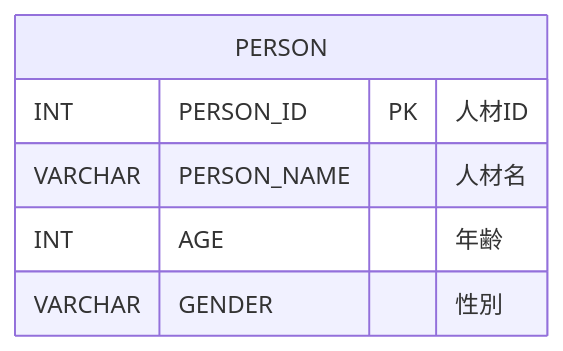
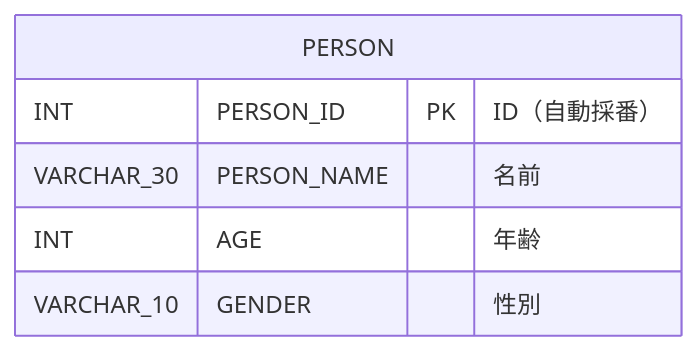
Before and after one commit to KenyaSaitoh/ai_driven_dev_202601: the diagram in projects/sdd-wf/person/jsf-person/specs/baseline/basic_design/common/data_model.md, drawn with Mermaid. The commit also changed other lines of this file and 134 other files, not shown here.

````diff
--- a/projects/sdd-wf/person/jsf-person/specs/baseline/basic_design/common/data_model.md
+++ b/projects/sdd-wf/person/jsf-person/specs/baseline/basic_design/common/data_model.md
@@ -29,9 +31,9 @@
 ```mermaid
 erDiagram
     PERSON {
-        INT PERSON_ID PK "人材ID"
-        VARCHAR PERSON_NAME "人材名"
+        INT PERSON_ID PK "ID（自動採番）"
+        VARCHAR_30 PERSON_NAME "名前"
         INT AGE "年齢"
-        VARCHAR GENDER "性別"
+        VARCHAR_10 GENDER "性別"
     }
 ```
````
